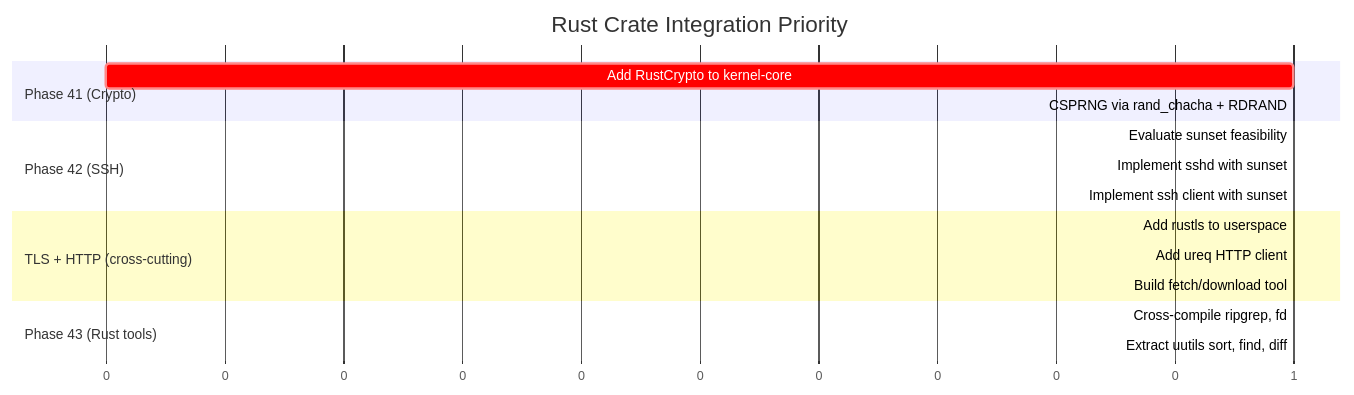
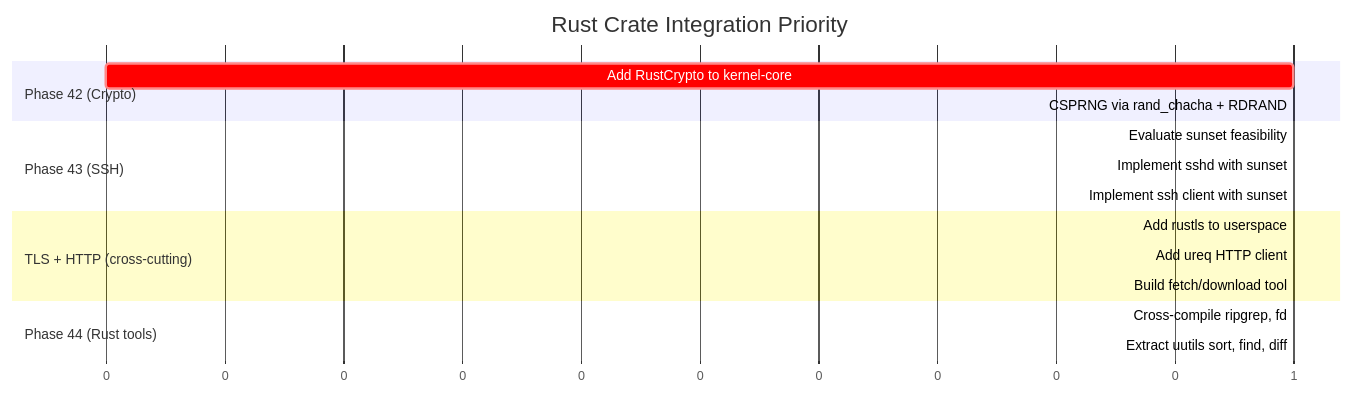
Before and after one commit to mikecubed/m3OS: the fifth of 5 diagrams in docs/rust-crate-acceleration.md, drawn with Mermaid. The commit also changed other lines of this file and 34 other files, not shown here.

````diff
--- a/docs/rust-crate-acceleration.md
+++ b/docs/rust-crate-acceleration.md
@@ -437,24 +437,24 @@
 ```mermaid
 gantt
     title Rust Crate Integration Priority
     dateFormat X
     axisFormat %s
 
-    section Phase 41 (Crypto)
+    section Phase 42 (Crypto)
     Add RustCrypto to kernel-core        :crit, rc, 0, 1
     CSPRNG via rand_chacha + RDRAND      :rng, after rc, 1
 
-    section Phase 42 (SSH)
+    section Phase 43 (SSH)
     Evaluate sunset feasibility          :eval, after rc, 1
     Implement sshd with sunset           :sshd, after eval, 1
     Implement ssh client with sunset     :sshc, after sshd, 1
 
     section TLS + HTTP (cross-cutting)
     Add rustls to userspace              :tls, after rc, 1
     Add ureq HTTP client                 :http, after tls, 1
     Build fetch/download tool            :fetch, after http, 1
 
-    section Phase 43 (Rust tools)
+    section Phase 44 (Rust tools)
     Cross-compile ripgrep, fd            :tools, after tls, 1
     Extract uutils sort, find, diff      :uu, after tools, 1
 ```
````
